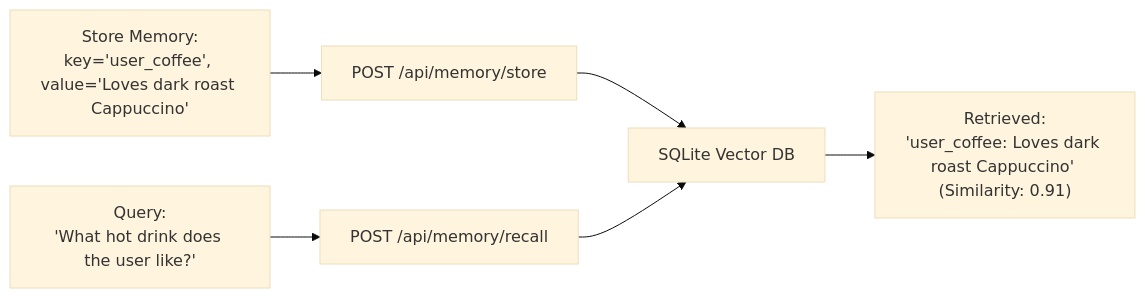
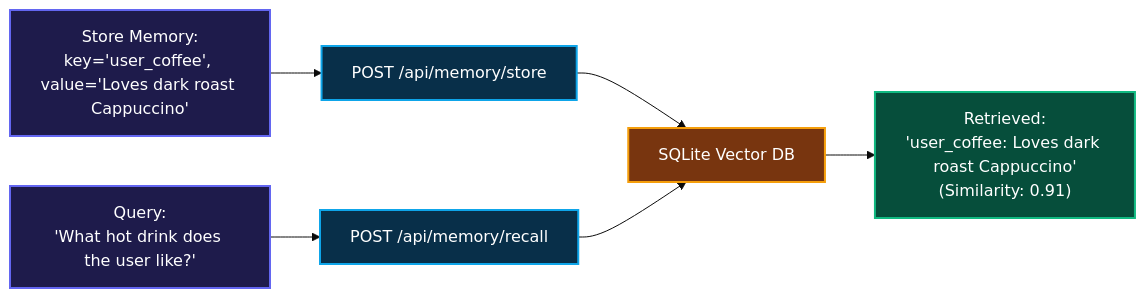
One commit to vdonthireddy/agentic-ai changed the diagram in docs/10_memory_explorer.md. Above: the diagram before and after it, drawn with Mermaid (base theme). The commit also changed 10 other files, not shown here.

Commit message:
docs(styling): enrich Mermaid flowcharts with vibrant, glowing classDef colors across all documentation guides

````diff
--- a/docs/10_memory_explorer.md
+++ b/docs/10_memory_explorer.md
@@ -34,9 +34,20 @@
 ```mermaid
 flowchart LR
     User["Store Memory:\nkey='user_coffee', value='Loves dark roast Cappuccino'"] --> Store["POST /api/memory/store"]
     Store --> DB["SQLite Vector DB"]
     
     Recall["Query:\n'What hot drink does the user like?'"] --> Query["POST /api/memory/recall"]
     Query --> DB
-    DB --> Match["Retrieved:\n'user_coffee: Loves dark roast Cappuccino' (Similarity: 0.91)"]
+    DB --> Match["Retrieved:\n'user_coffee: Loves dark roast Cappuccino'\n(Similarity: 0.91)"]
+
+    classDef cIndigo fill:#1e1b4b,stroke:#6366f1,stroke-width:2px,color:#fff;
+    classDef cCyan fill:#082f49,stroke:#0ea5e9,stroke-width:2px,color:#fff;
+    classDef cAmber fill:#78350f,stroke:#f59e0b,stroke-width:2px,color:#fff;
+    classDef cEmerald fill:#064e3b,stroke:#10b981,stroke-width:2px,color:#fff;
+    classDef cFuchsia fill:#701a75,stroke:#d946ef,stroke-width:2px,color:#fff;
+
+    class User,Recall cIndigo;
+    class Store,Query cCyan;
+    class DB cAmber;
+    class Match cEmerald;
 ```
````
